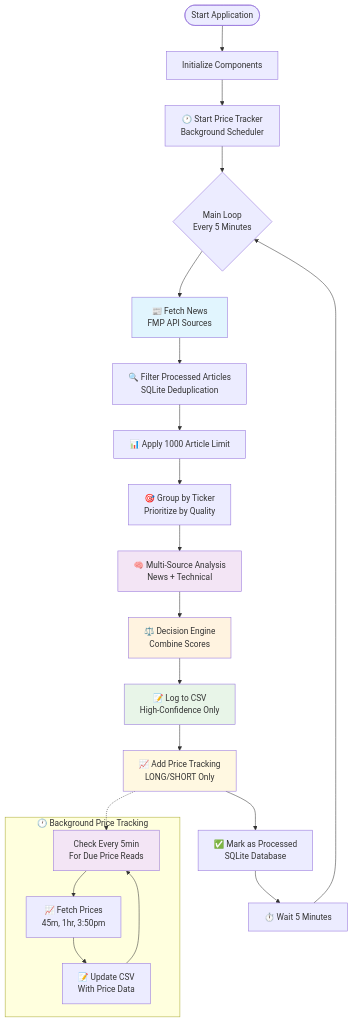
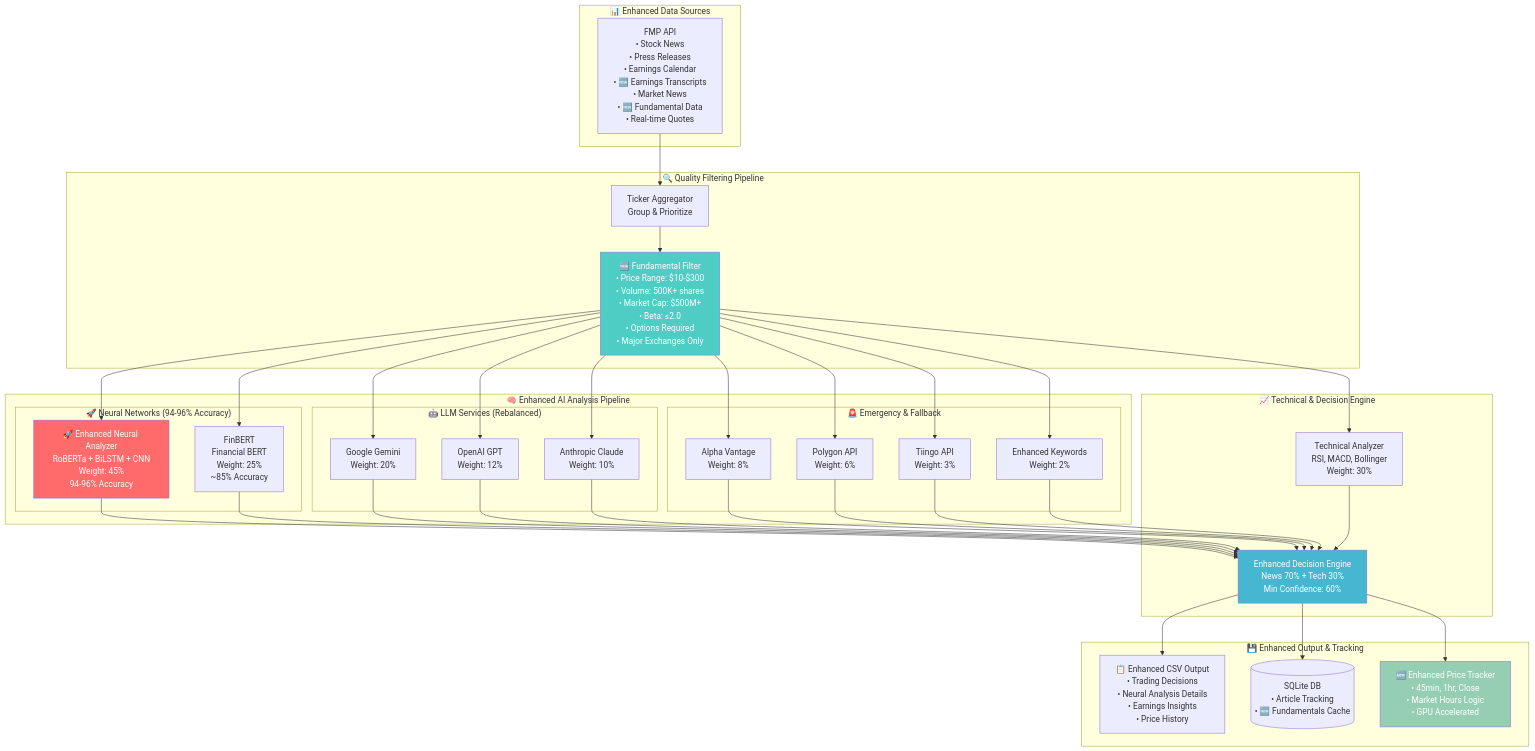
One commit to jaygasi/news_analyzer changed the first of 11 diagrams in news_cruncher/README.md. Above: the diagram before and after it, drawn with Mermaid. The commit also changed other lines of this file and 12 other files, not shown here.

Commit message:
added the price-backfiller, fundamentals filtering of stucks (not working correctly), added enhanced LLM Roberta

````diff
--- a/news_cruncher/README.md
+++ b/news_cruncher/README.md
@@ -5,36 +24,75 @@
 ```mermaid
-flowchart TD
-    Start([Start Application]) --> Init[Initialize Components]
-    Init --> InitTracker[🕐 Start Price Tracker<br/>Background Scheduler]
-    InitTracker --> Loop{Main Loop<br/>Every 5 Minutes}
-    
-    Loop --> Fetch[📰 Fetch News<br/>FMP API Sources]
-    Fetch --> Filter[🔍 Filter Processed Articles<br/>SQLite Deduplication]
-    Filter --> Limit[📊 Apply 1000 Article Limit]
-    Limit --> Group[🎯 Group by Ticker<br/>Prioritize by Quality]
-    
-    Group --> Analyze[🧠 Multi-Source Analysis<br/>News + Technical]
-    Analyze --> Decide[⚖️ Decision Engine<br/>Combine Scores]
-    Decide --> Log[📝 Log to CSV<br/>High-Confidence Only]
-    Log --> Track[📈 Add Price Tracking<br/>LONG/SHORT Only]
-    Track --> Mark[✅ Mark as Processed<br/>SQLite Database]
-    
-    Mark --> Wait[⏱️ Wait 5 Minutes]
-    Wait --> Loop
-    
-    subgraph "🕐 Background Price Tracking"
-        PriceLoop[Check Every 5min<br/>For Due Price Reads]
-        PriceLoop --> FetchPrice[📈 Fetch Prices<br/>45m, 1hr, 3:50pm]
-        FetchPrice --> UpdateCSV[📝 Update CSV<br/>With Price Data]
-        UpdateCSV --> PriceLoop
+graph TB
+    subgraph "📊 Enhanced Data Sources"
+        FMP[FMP API<br/>• Stock News<br/>• Press Releases<br/>• Earnings Calendar<br/>• 🆕 Earnings Transcripts<br/>• Market News<br/>• 🆕 Fundamental Data<br/>• Real-time Quotes]
     end
     
-    Track -.-> PriceLoop
+    subgraph "🧠 Enhanced AI Analysis Pipeline"
+        subgraph "🚀 Neural Networks (94-96% Accuracy)"
+            EnhancedNeural[🚀 Enhanced Neural Analyzer<br/>RoBERTa + BiLSTM + CNN<br/>Weight: 45%<br/>94-96% Accuracy]
+            FinBERT[FinBERT<br/>Financial BERT<br/>Weight: 25%<br/>~85% Accuracy]
+        end
+        
+        subgraph "🤖 LLM Services (Rebalanced)"
+            Gemini[Google Gemini<br/>Weight: 20%]
+            OpenAI[OpenAI GPT<br/>Weight: 12%]
+            Claude[Anthropic Claude<br/>Weight: 10%]
+        end
+        
+        subgraph "🚨 Emergency & Fallback"
+            AlphaV[Alpha Vantage<br/>Weight: 8%]
+            Polygon[Polygon API<br/>Weight: 6%]
+            Tiingo[Tiingo API<br/>Weight: 3%]
+            Keywords[Enhanced Keywords<br/>Weight: 2%]
+        end
+    end
     
-    style Fetch fill:#e1f5fe
-    style Analyze fill:#f3e5f5
-    style Decide fill:#fff3e0
-    style Log fill:#e8f5e8
-    style Track fill:#fff8e1
-    style PriceLoop fill:#f3e5f5
+    subgraph "🔍 Quality Filtering Pipeline"
+        TickerAgg[Ticker Aggregator<br/>Group & Prioritize]
+        FundFilter[🆕 Fundamental Filter<br/>• Price Range: $10-$300<br/>• Volume: 500K+ shares<br/>• Market Cap: $500M+<br/>• Beta: ≤2.0<br/>• Options Required<br/>• Major Exchanges Only]
+    end
+    
+    subgraph "📈 Technical & Decision Engine"
+        TechAnalysis[Technical Analyzer<br/>RSI, MACD, Bollinger<br/>Weight: 30%]
+        DecisionEngine[Enhanced Decision Engine<br/>News 70% + Tech 30%<br/>Min Confidence: 60%]
+    end
+    
+    subgraph "💾 Enhanced Output & Tracking"
+        CSV[📋 Enhanced CSV Output<br/>• Trading Decisions<br/>• Neural Analysis Details<br/>• Earnings Insights<br/>• Price History]
+        SQLite[(SQLite DB<br/>• Article Tracking<br/>• 🆕 Fundamentals Cache)]
+        PriceTracker[🆕 Enhanced Price Tracker<br/>• 45min, 1hr, Close<br/>• Market Hours Logic<br/>• GPU Accelerated]
+    end
+    
+    FMP --> TickerAgg
+    TickerAgg --> FundFilter
+    FundFilter --> EnhancedNeural
+    FundFilter --> FinBERT
+    FundFilter --> Gemini
+    FundFilter --> OpenAI
+    FundFilter --> Claude
+    FundFilter --> AlphaV
+    FundFilter --> Polygon
+    FundFilter --> Tiingo
+    FundFilter --> Keywords
+    FundFilter --> TechAnalysis
+    
+    EnhancedNeural --> DecisionEngine
+    FinBERT --> DecisionEngine
+    Gemini --> DecisionEngine
+    OpenAI --> DecisionEngine
+    Claude --> DecisionEngine
+    AlphaV --> DecisionEngine
+    Polygon --> DecisionEngine
+    Tiingo --> DecisionEngine
+    Keywords --> DecisionEngine
+    TechAnalysis --> DecisionEngine
+    
+    DecisionEngine --> CSV
+    DecisionEngine --> SQLite
+    DecisionEngine --> PriceTracker
+    
+    style EnhancedNeural fill:#ff6b6b,color:#fff
+    style FundFilter fill:#4ecdc4,color:#fff
+    style DecisionEngine fill:#45b7d1,color:#fff
+    style PriceTracker fill:#96ceb4,color:#fff
 ```
````
